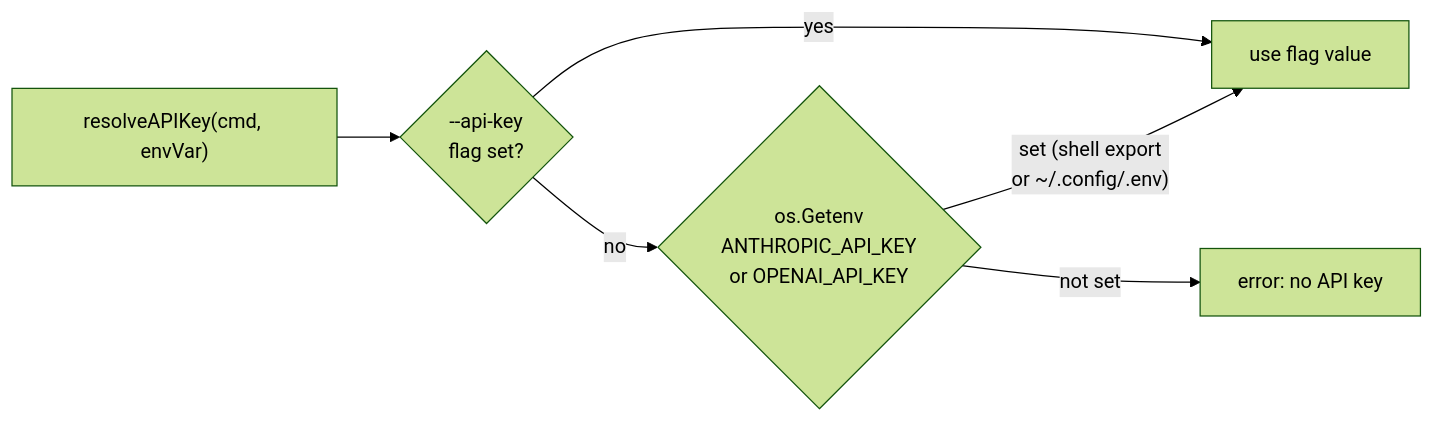
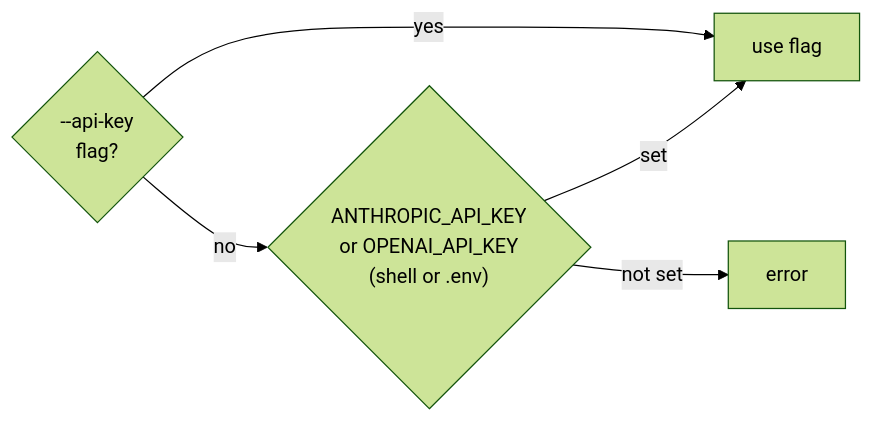
One commit to mrbrutti/okesu changed the fourth of 17 diagrams in docs/architecture.md. Above: the diagram before and after it, drawn with Mermaid (forest theme). The commit also changed other lines of this file, not shown here.

First line of the commit message:
docs: update architecture.md for Phases 2–7

````diff
--- a/docs/architecture.md
+++ b/docs/architecture.md
@@ -227,8 +198,8 @@
 ```mermaid
 flowchart LR
-    Start["resolveAPIKey(cmd, envVar)"] --> F{"--api-key\nflag set?"}
-    F --> |"yes"| Use["use flag value"]
-    F --> |"no"| E{"os.Getenv\nANTHROPIC_API_KEY\nor OPENAI_API_KEY"}
-    E --> |"set (shell export\nor ~/.config/.env)"| Use
-    E --> |"not set"| Err["error: no API key"]
+    F{"--api-key\nflag?"}
+    F --> |"yes"| Use["use flag"]
+    F --> |"no"| E{"ANTHROPIC_API_KEY\nor OPENAI_API_KEY\n(shell or .env)"}
+    E --> |"set"| Use
+    E --> |"not set"| Err["error"]
 ```
````
